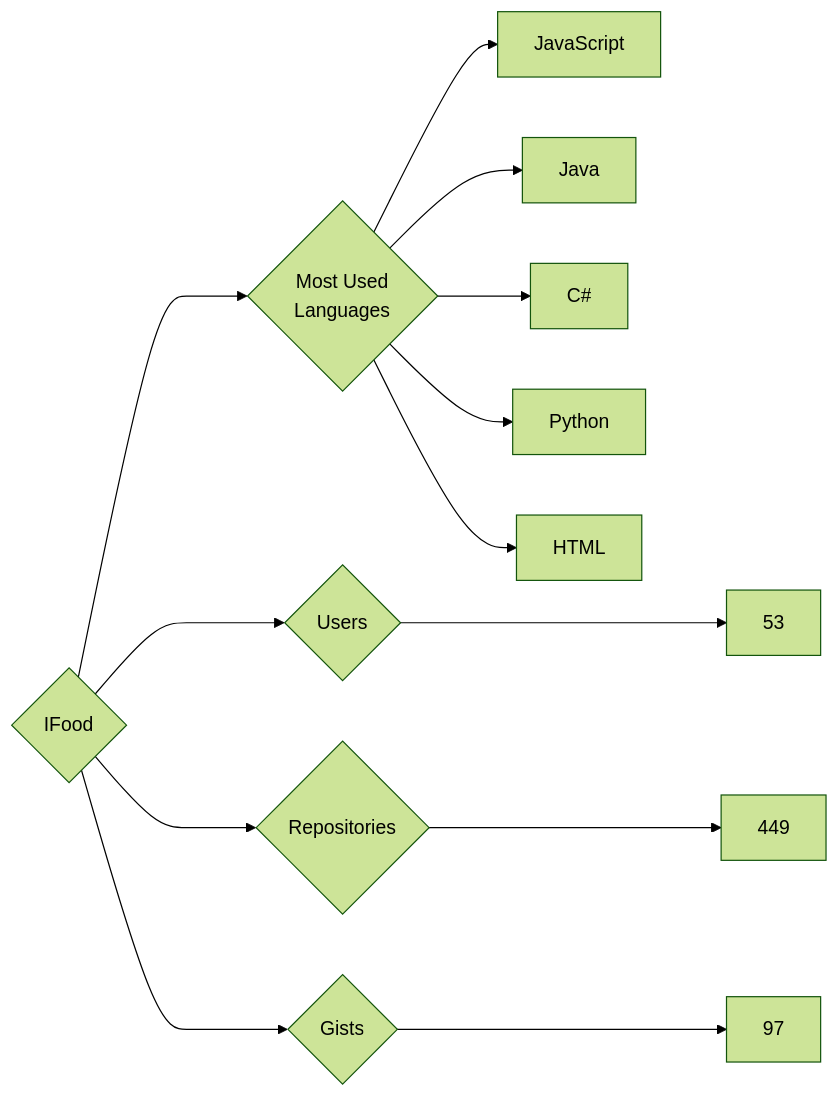
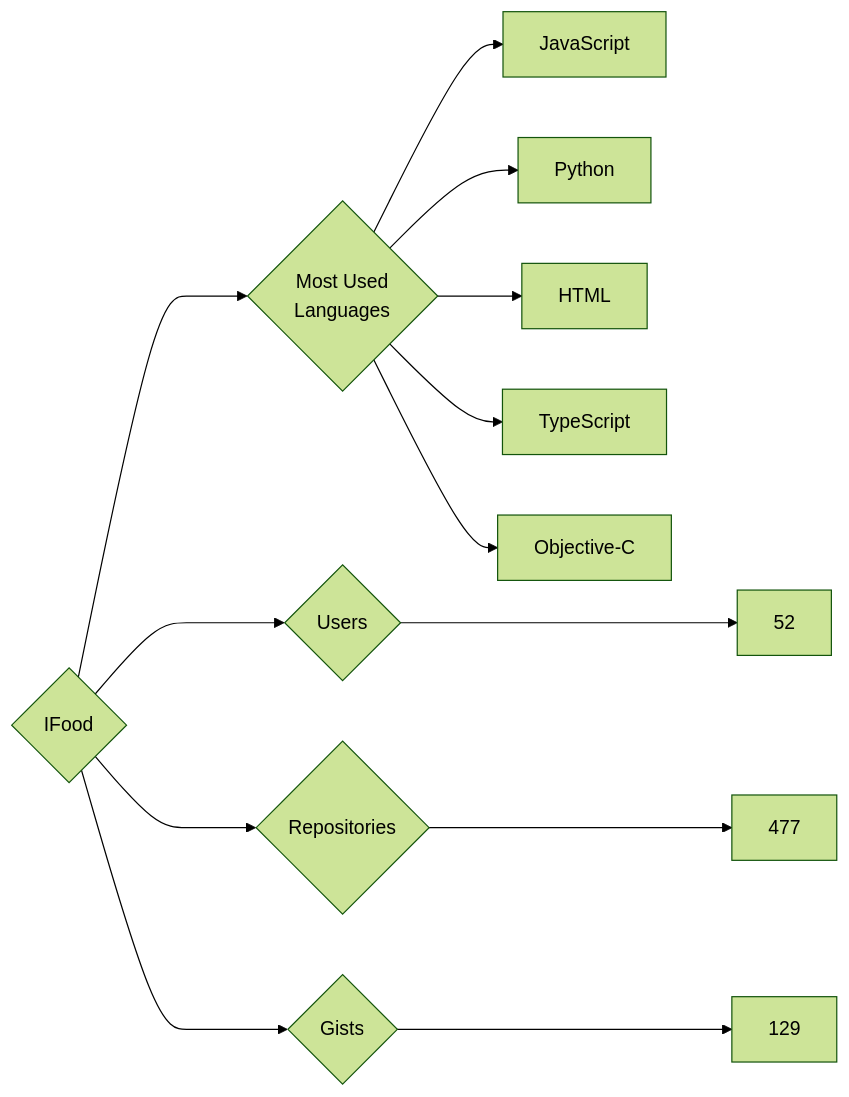
Before and after one commit to trickest/insiders: the diagram in targets/IFood/README.md, drawn with Mermaid (forest theme). The commit also changed 688 other files, not shown here.

````diff
--- a/targets/IFood/README.md
+++ b/targets/IFood/README.md
@@ -3,13 +3,13 @@
 ```mermaid
 graph LR
 COMPANY_NAME{IFood}
-COMPANY_NAME ---> U{Users} ---> UN[53]
-COMPANY_NAME ---> R{Repositories} ---> RN[449]
-COMPANY_NAME ---> G{Gists} ---> GN[97]
+COMPANY_NAME ---> U{Users} ---> UN[52]
+COMPANY_NAME ---> R{Repositories} ---> RN[477]
+COMPANY_NAME ---> G{Gists} ---> GN[129]
 COMPANY_NAME ---> ML{Most Used<br>Languages}
 ML --> JavaScript[JavaScript]
-ML --> Java[Java]
-ML --> C#[C#]
 ML --> Python[Python]
 ML --> HTML[HTML]
+ML --> TypeScript[TypeScript]
+ML --> Objective-C[Objective-C]
 ```
````
